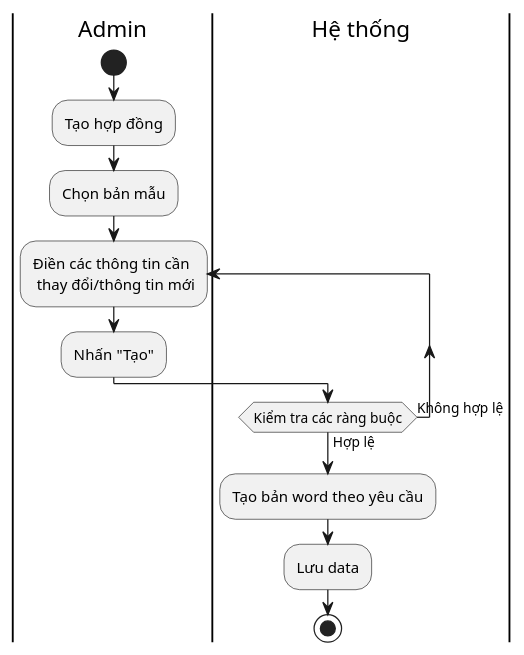
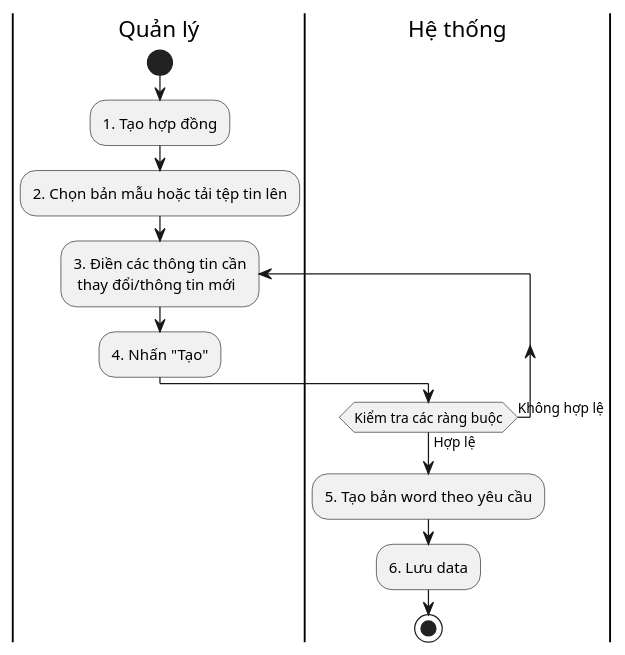
The diagram in Lab1/Lab1.2/Activity Diagram/Quản lý hợp đồng/Tạo hợp đồng.puml (QuickyBooster/SE357-Pratice-class), drawn with PlantUML before and after one commit. The commit also changed 19 other files, not shown here.

```diff
--- a/Lab1/Lab1.2/Activity Diagram/Quản lý hợp đồng/Tạo hợp đồng.puml
+++ b/Lab1/Lab1.2/Activity Diagram/Quản lý hợp đồng/Tạo hợp đồng.puml
@@ -1,13 +1,13 @@
 @startuml
-|Admin|
+|Quản lý|
 start
-:Tạo hợp đồng;
-:Chọn bản mẫu;
-repeat :Điền các thông tin cần\n thay đổi/thông tin mới;
-:Nhấn "Tạo";
+:1. Tạo hợp đồng;
+:2. Chọn bản mẫu hoặc tải tệp tin lên;
+repeat :3. Điền các thông tin cần\n thay đổi/thông tin mới;
+:4. Nhấn "Tạo";
 |Hệ thống|
 repeat while (Kiểm tra các ràng buộc) is (Không hợp lệ) not (Hợp lệ)
-:Tạo bản word theo yêu cầu;
-:Lưu data;
+:5. Tạo bản word theo yêu cầu;
+:6. Lưu data;
 stop
 @enduml
```
